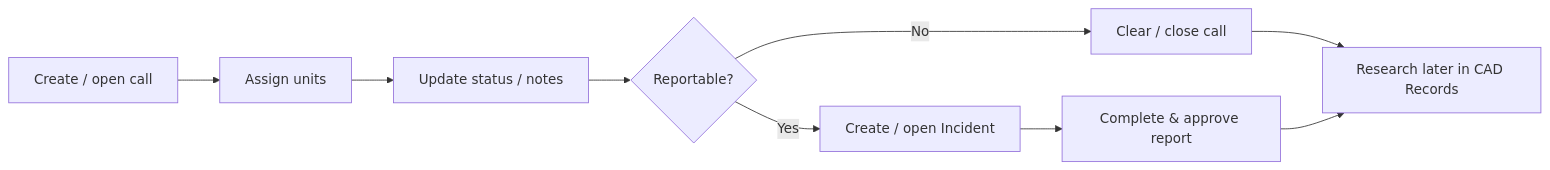
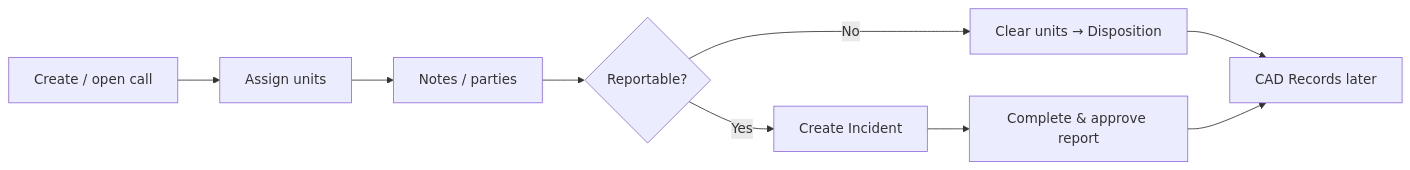
The diagram in customer/getting-started/journeys/cad-call-to-incident.md (mkeslin/tls-docs-repo), drawn with Mermaid before and after one commit. The commit also changed other lines of this file and 19 other files, not shown here.

````diff
--- a/customer/getting-started/journeys/cad-call-to-incident.md
+++ b/customer/getting-started/journeys/cad-call-to-incident.md
@@ -12,11 +12,11 @@
 ```mermaid
 flowchart LR
   A[Create / open call] --> B[Assign units]
-  B --> C[Update status / notes]
+  B --> C[Notes / parties]
   C --> D{Reportable?}
-  D -->|No| E[Clear / close call]
-  D -->|Yes| F[Create / open Incident]
+  D -->|No| E[Clear units → Disposition]
+  D -->|Yes| F[Create Incident]
   F --> G[Complete & approve report]
-  E --> H[Research later in CAD Records]
+  E --> H[CAD Records later]
   G --> H
 ```
````
